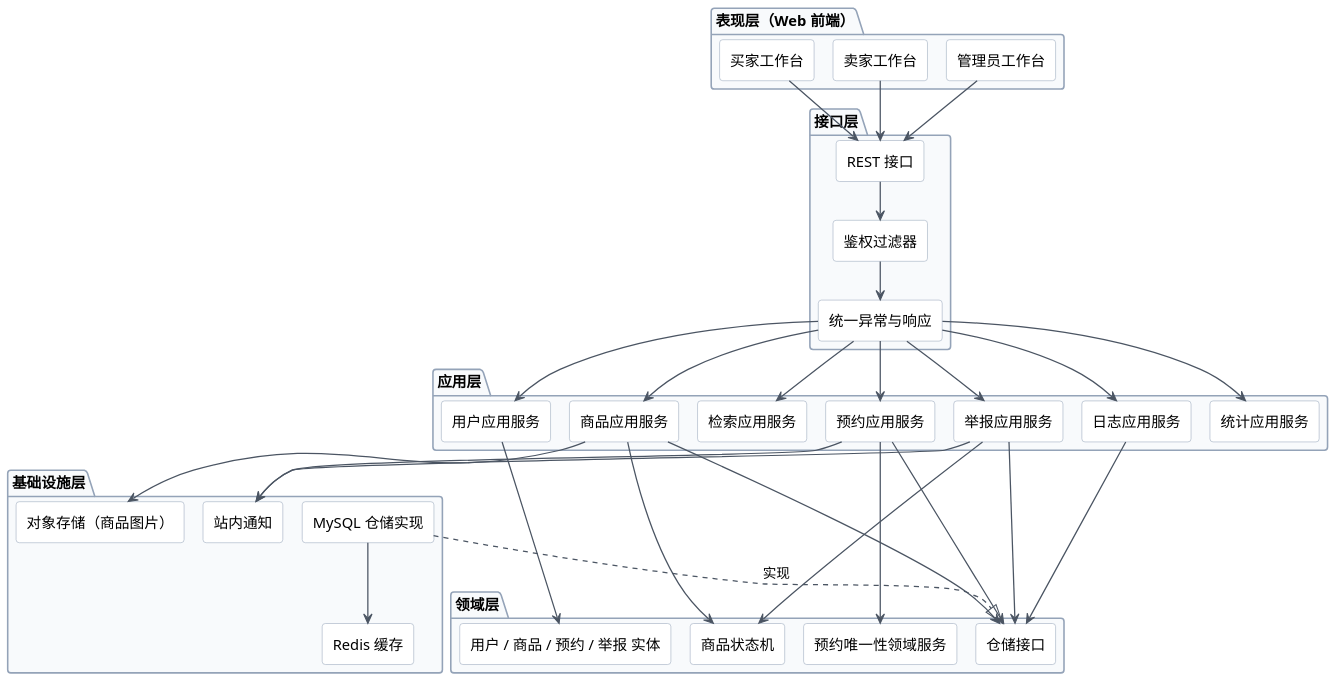
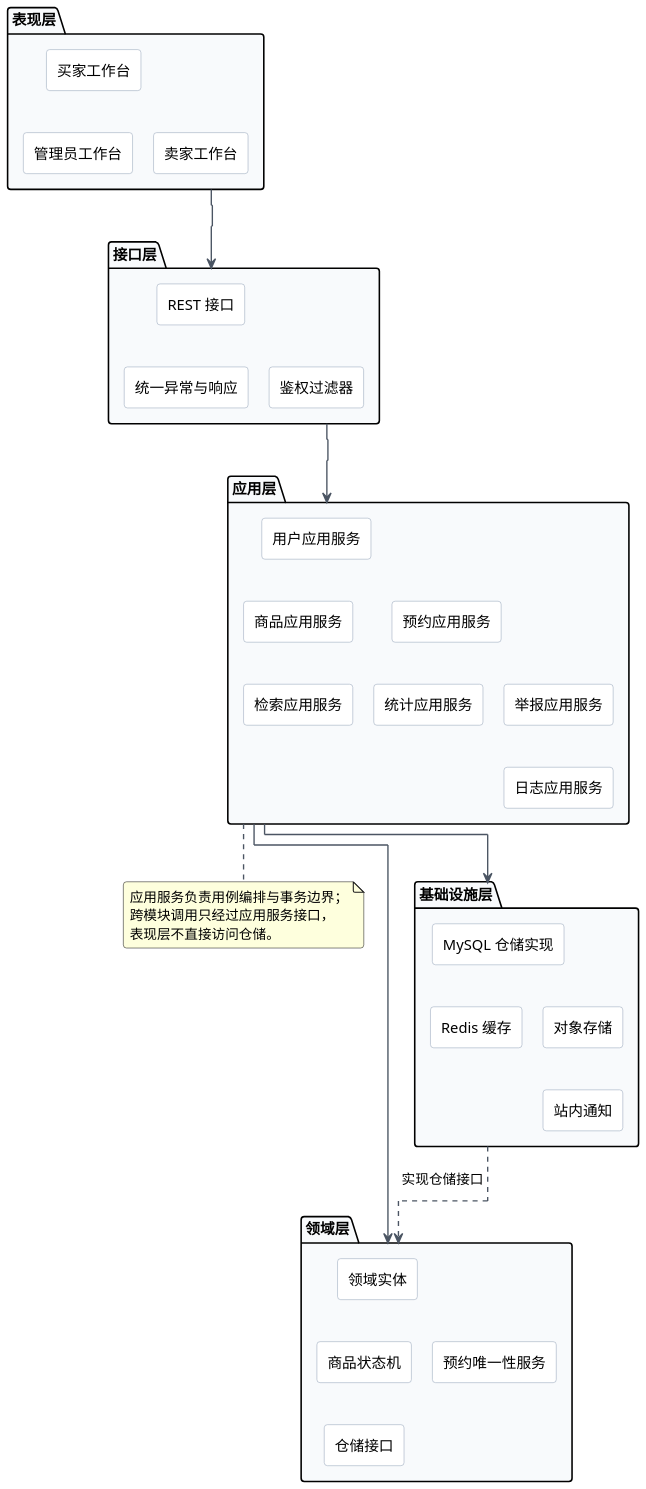
Before and after one commit to LavaBlock666/SElab2: the diagram in UML/01-包图.puml, drawn with PlantUML. The commit also changed 9 other files, not shown here.

Commit message:
人工修改：包图改为按层依赖，类图删除支付/物流并拆出领域模型，状态图移除重叠注释

```diff
--- a/UML/01-包图.puml
+++ b/UML/01-包图.puml
@@ -1,80 +1,64 @@
 @startuml
-!pragma layout smetana
+!pragma layout elk
 skinparam defaultFontName "Microsoft YaHei"
 skinparam dpi 140
 skinparam shadowing false
 skinparam roundcorner 6
 skinparam backgroundColor #FFFFFF
 skinparam ArrowColor #4B5563
-skinparam ArrowThickness 1.2
+skinparam ArrowThickness 1.3
 skinparam packageBorderColor #94A3B8
 skinparam packageBackgroundColor #F8FAFC
 skinparam componentBorderColor #94A3B8
 skinparam componentBackgroundColor #FFFFFF
 skinparam componentStyle rectangle
 top to bottom direction
 
-package "表现层（Web 前端）" {
+package "表现层" as PL {
   [买家工作台]
   [卖家工作台]
   [管理员工作台]
 }
 
-package "接口层" {
+package "接口层" as API {
   [REST 接口]
   [鉴权过滤器]
   [统一异常与响应]
 }
 
-package "应用层" {
+package "应用层" as APP {
   [用户应用服务]
   [商品应用服务]
   [检索应用服务]
   [预约应用服务]
   [举报应用服务]
   [日志应用服务]
   [统计应用服务]
 }
 
-package "领域层" {
-  [用户 / 商品 / 预约 / 举报 实体]
-  [预约唯一性领域服务]
+package "领域层" as DOM {
+  [领域实体]
+  [预约唯一性服务]
   [商品状态机]
   [仓储接口]
 }
 
-package "基础设施层" {
+package "基础设施层" as INF {
   [MySQL 仓储实现]
   [Redis 缓存]
-  [对象存储（商品图片）]
+  [对象存储]
   [站内通知]
 }
 
-[买家工作台] --> [REST 接口]
-[卖家工作台] --> [REST 接口]
-[管理员工作台] --> [REST 接口]
-[REST 接口] --> [鉴权过滤器]
-[鉴权过滤器] --> [统一异常与响应]
-[统一异常与响应] --> [用户应用服务]
-[统一异常与响应] --> [商品应用服务]
-[统一异常与响应] --> [检索应用服务]
-[统一异常与响应] --> [预约应用服务]
-[统一异常与响应] --> [举报应用服务]
-[统一异常与响应] --> [日志应用服务]
-[统一异常与响应] --> [统计应用服务]
+PL --> API
+API --> APP
+APP --> DOM
+APP --> INF
+INF ..> DOM : 实现仓储接口
 
-[用户应用服务] --> [用户 / 商品 / 预约 / 举报 实体]
-[商品应用服务] --> [商品状态机]
-[预约应用服务] --> [预约唯一性领域服务]
-[举报应用服务] --> [商品状态机]
-[商品应用服务] --> [仓储接口]
-[预约应用服务] --> [仓储接口]
-[举报应用服务] --> [仓储接口]
-[日志应用服务] --> [仓储接口]
-
-[MySQL 仓储实现] ..|> [仓储接口] : 实现
-[MySQL 仓储实现] --> [Redis 缓存]
-[商品应用服务] --> [对象存储（商品图片）]
-[预约应用服务] --> [站内通知]
-[举报应用服务] --> [站内通知]
+note right of APP
+  应用服务负责用例编排与事务边界；
+  跨模块调用只经过应用服务接口，
+  表现层不直接访问仓储。
+end note
 @enduml
```
